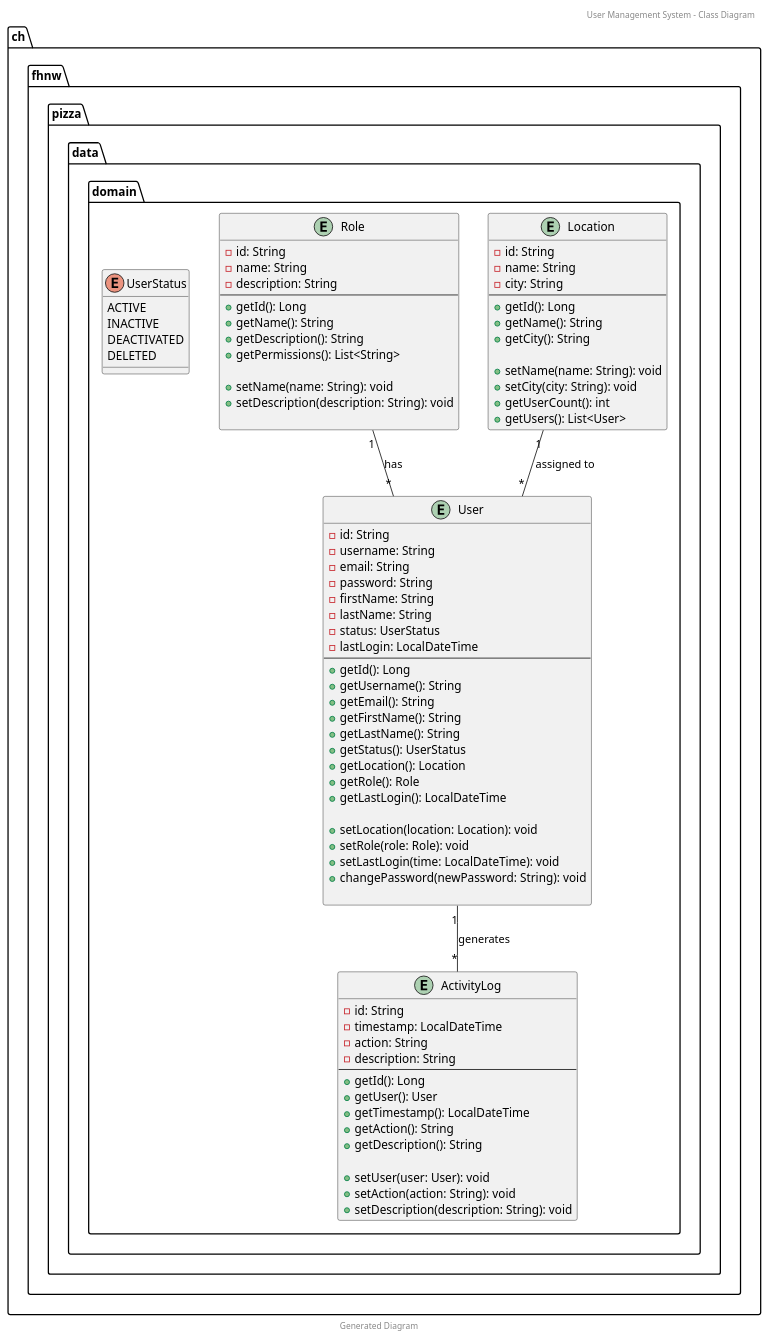
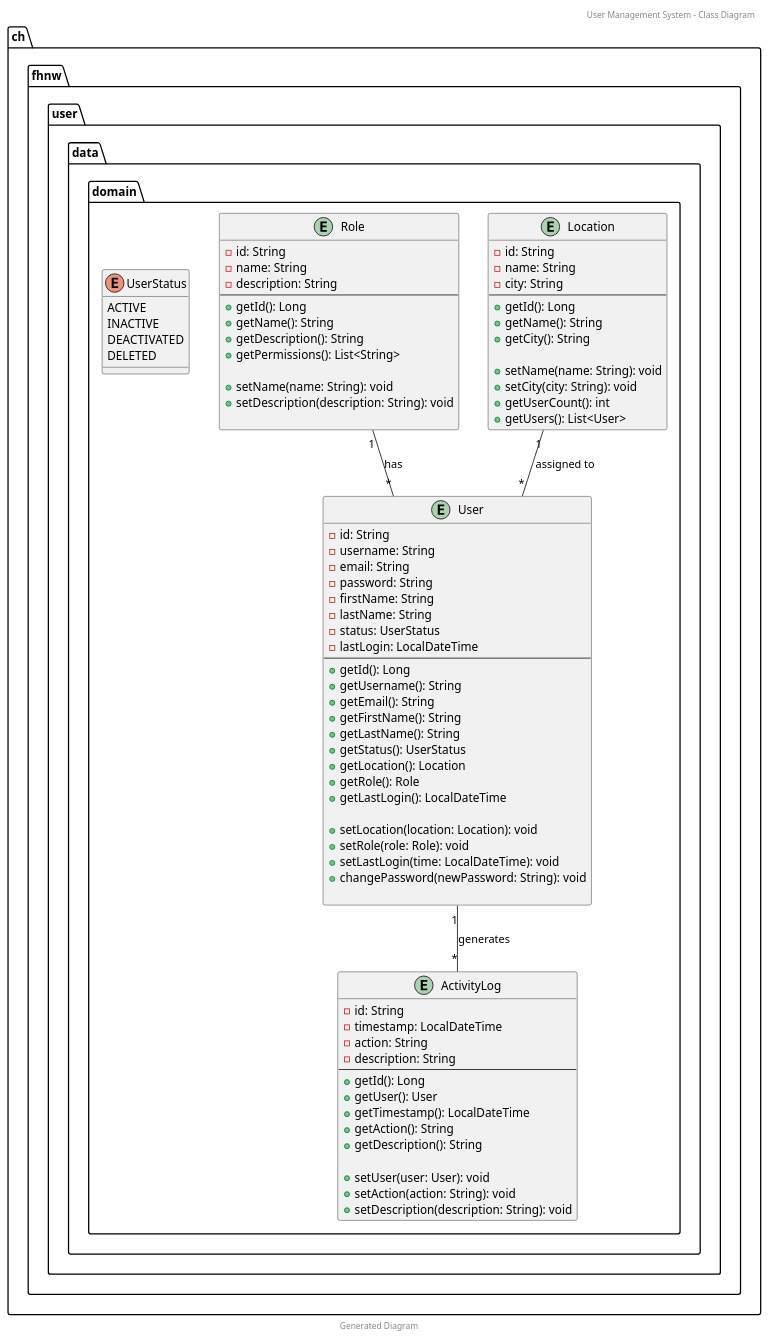
One commit to NikolaMatovic/DayDream changed the diagram in doc/class-diagram.plantuml. Above: the diagram before and after it, drawn with PlantUML. The commit also changed 76 other files, not shown here.

Commit message:
renaming pizza package to user

```diff
--- a/doc/class-diagram.plantuml
+++ b/doc/class-diagram.plantuml
@@ -1,94 +1,94 @@
 @startuml
 header User Management System - Class Diagram
 footer Generated Diagram
 
 ' Domain Classes
-package "ch.fhnw.pizza.data.domain" {
+package "ch.fhnw.user.data.domain" {
 
     entity User {
         - id: String
         - username: String
         - email: String
         - password: String
         - firstName: String
         - lastName: String
         - status: UserStatus
         - lastLogin: LocalDateTime
         --
         + getId(): Long
         + getUsername(): String
         + getEmail(): String
         + getFirstName(): String
         + getLastName(): String
         + getStatus(): UserStatus
         + getLocation(): Location
         + getRole(): Role
         + getLastLogin(): LocalDateTime
 
         + setLocation(location: Location): void
         + setRole(role: Role): void
         + setLastLogin(time: LocalDateTime): void
         + changePassword(newPassword: String): void
 
     }
 
     entity Location {
         - id: String
         - name: String
         - city: String
         --
         + getId(): Long
         + getName(): String
         + getCity(): String
 
         + setName(name: String): void
         + setCity(city: String): void
         + getUserCount(): int
         + getUsers(): List<User>
     }
 
     entity Role {
         - id: String
         - name: String
         - description: String
         --
         + getId(): Long
         + getName(): String
         + getDescription(): String
         + getPermissions(): List<String>
         
         + setName(name: String): void
         + setDescription(description: String): void
       
     }
 
     entity ActivityLog {
         - id: String
         - timestamp: LocalDateTime
         - action: String
         - description: String
         --
         + getId(): Long
         + getUser(): User
         + getTimestamp(): LocalDateTime
         + getAction(): String
         + getDescription(): String
 
         + setUser(user: User): void
         + setAction(action: String): void
         + setDescription(description: String): void
     }
 
     enum UserStatus {
         ACTIVE
         INACTIVE
         DEACTIVATED
         DELETED
     }
 }
 
 ' Relationships
 Location "1" -- "*" User : assigned to
 Role "1" -- "*" User : has
 User "1" -- "*" ActivityLog : generates
 @enduml
```
